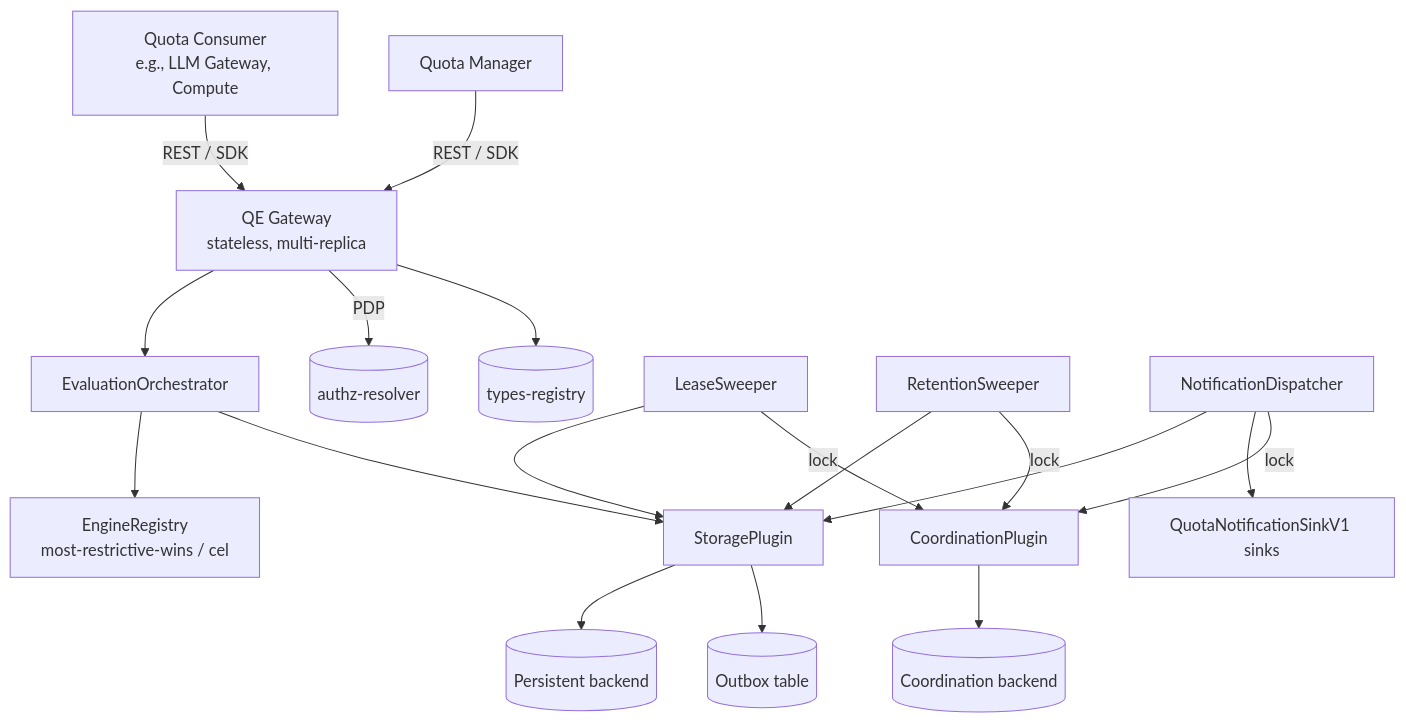
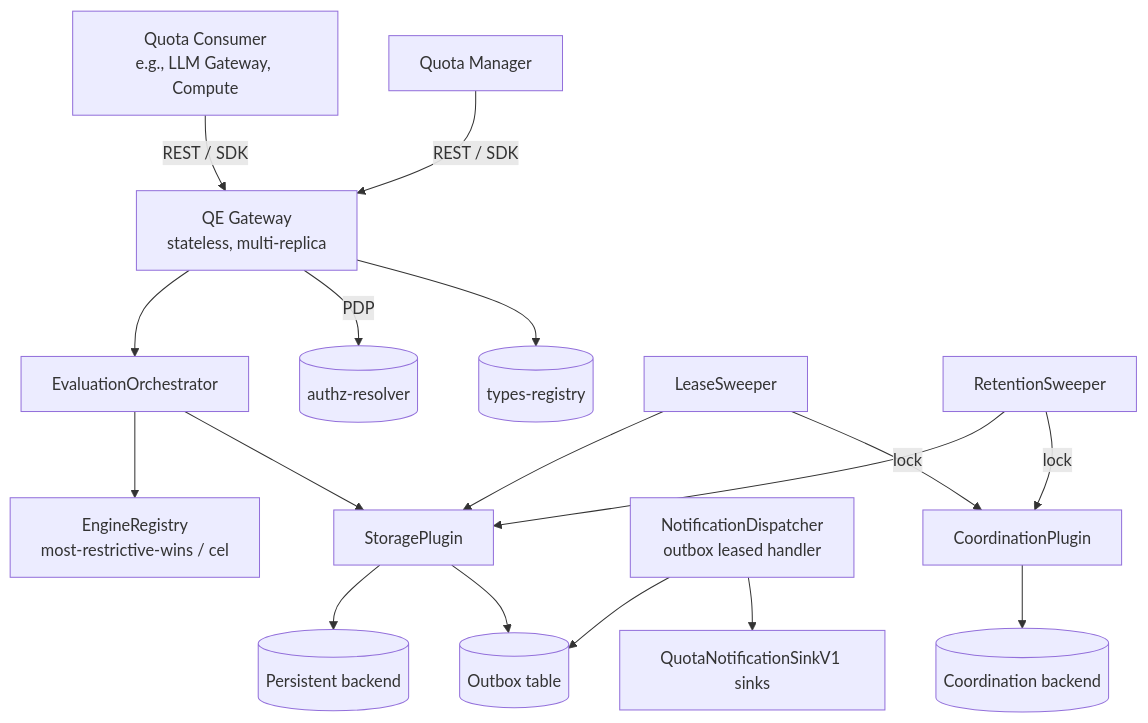
Before and after one commit to constructorfabric/gears-rust: the first of 17 diagrams in gears/system/quota-enforcement/docs/DESIGN.md, drawn with Mermaid. The commit also changed other lines of this file and 29 other files, not shown here.

First line of the commit message:
docs(quota-enforcement): feature docs, S2S attribution model, and contract schemas

````diff
--- a/gears/system/quota-enforcement/docs/DESIGN.md
+++ b/gears/system/quota-enforcement/docs/DESIGN.md
@@ -138,20 +138,19 @@
 ```mermaid
 graph TB
     Consumer[Quota Consumer<br/>e.g., LLM Gateway, Compute] -->|REST / SDK| GW[QE Gateway<br/>stateless, multi-replica]
     QM[Quota Manager] -->|REST / SDK| GW
     GW --> Orchestrator[EvaluationOrchestrator]
     Orchestrator --> ER[EngineRegistry<br/>most-restrictive-wins / cel]
     Orchestrator --> SP[StoragePlugin]
     GW -->|PDP| AuthzResolver[(authz-resolver)]
     GW --> TR[(types-registry)]
     SP --> Backend[(Persistent backend)]
     SP --> Outbox[(Outbox table)]
     LS[LeaseSweeper] --> SP
     RS[RetentionSweeper] --> SP
-    ND[NotificationDispatcher] --> SP
+    ND[NotificationDispatcher<br/>outbox leased handler] --> Outbox
     ND --> NotifPlug[QuotaNotificationSinkV1 sinks]
     LS -->|lock| CP[CoordinationPlugin]
     RS -->|lock| CP
-    ND -->|lock| CP
-    CP --> CoordBackend[(Coordination backend)]
+        CP --> CoordBackend[(Coordination backend)]
 ```
````
